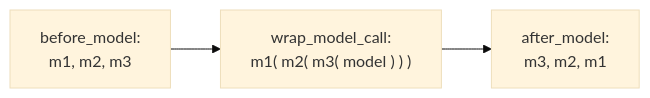
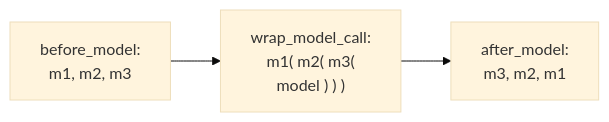
Before and after one commit to shubamchaudhary/CodeNITW: the seventh of 7 diagrams in src/Data/aiStackDocs/CH-13.md, drawn with Mermaid (base theme). The commit also changed other lines of this file and 7 other files, not shown here.

````diff
--- a/src/Data/aiStackDocs/CH-13.md
+++ b/src/Data/aiStackDocs/CH-13.md
@@ -280,5 +287,5 @@
 ```mermaid
 flowchart LR
-    B["before_model:<br/>m1, m2, m3"] --> W["wrap_model_call:<br/>m1( m2( m3( model ) ) )"]
+    B["before_model:<br/>m1, m2, m3"] --> W["wrap_model_call:<br/>m1( m2( m3(<br/>model ) ) )"]
     W --> A["after_model:<br/>m3, m2, m1"]
 ```
````
